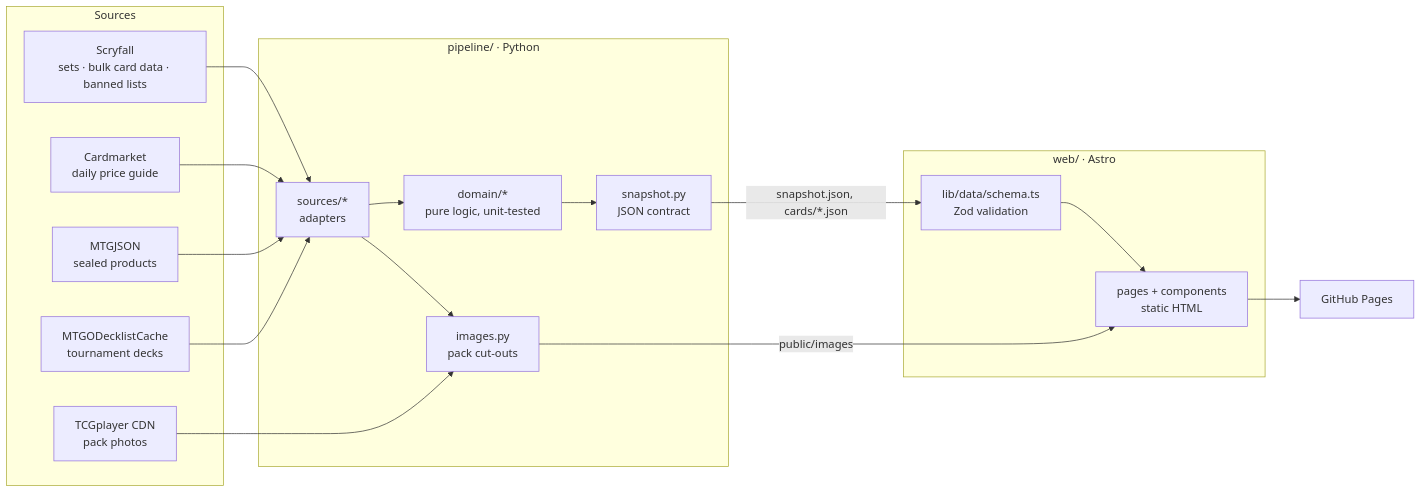
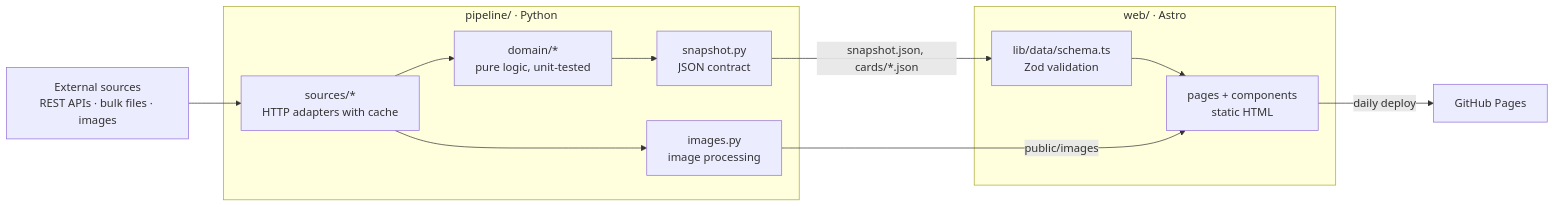
One commit to PatrickThCologne/Deckade changed the diagram in README.md. Above: the diagram before and after it, drawn with Mermaid. The commit also changed other lines of this file, not shown here.

````diff
--- a/README.md
+++ b/README.md
@@ -60,22 +37,14 @@
 ```mermaid
 flowchart LR
-  subgraph Sources
-    S[Scryfall<br/>sets · bulk card data · banned lists]
-    C[Cardmarket<br/>daily price guide]
-    M[MTGJSON<br/>sealed products]
-    D[MTGODecklistCache<br/>tournament decks]
-    T[TCGplayer CDN<br/>pack photos]
-  end
+  X[External sources<br/>REST APIs · bulk files · images] --> A
   subgraph pipeline [pipeline/ · Python]
-    A[sources/*<br/>adapters] --> B[domain/*<br/>pure logic, unit-tested] --> E[snapshot.py<br/>JSON contract]
-    A --> I[images.py<br/>pack cut-outs]
+    A[sources/*<br/>HTTP adapters with cache] --> B[domain/*<br/>pure logic, unit-tested] --> E[snapshot.py<br/>JSON contract]
+    A --> I[images.py<br/>image processing]
   end
   subgraph web [web/ · Astro]
     V[lib/data/schema.ts<br/>Zod validation] --> P[pages + components<br/>static HTML]
   end
-  S & C & M & D --> A
-  T --> I
   E -->|snapshot.json, cards/*.json| V
   I -->|public/images| P
-  P --> G[GitHub Pages]
+  P -->|daily deploy| G[GitHub Pages]
 ```
````
